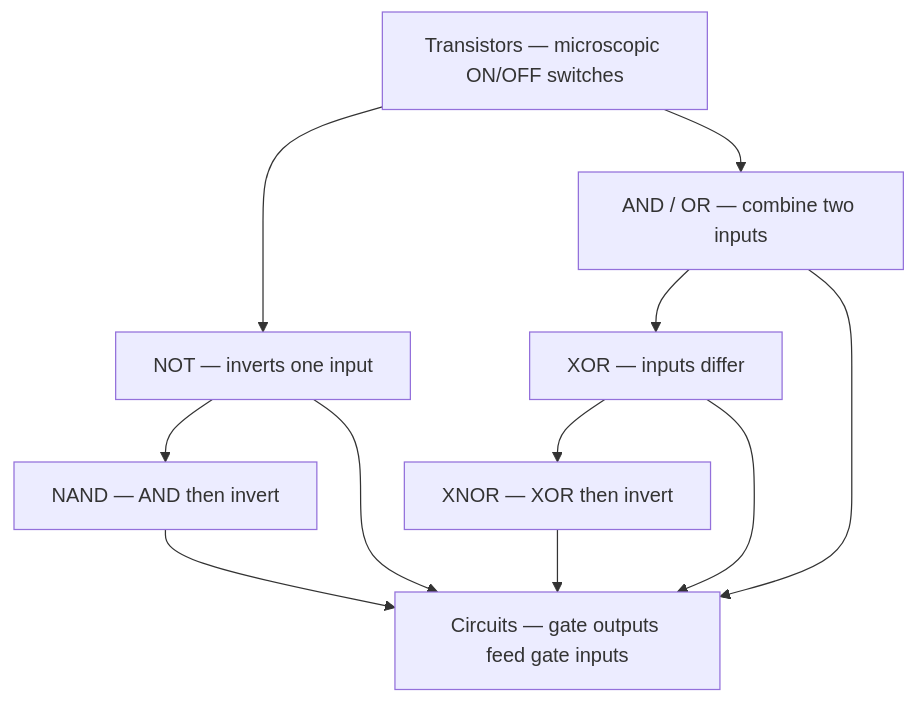
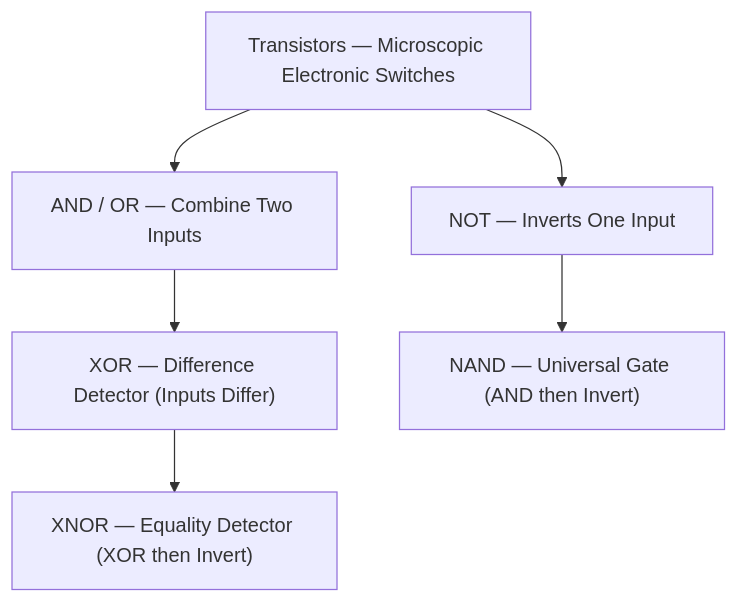
One commit to 1345AbhishekKumar/cs-cookbook changed the first of 3 diagrams in content/docs/computer-basics/it-support/04-logic-gates-and-circuits.mdx. Above: the diagram before and after it, drawn with Mermaid. The commit also changed other lines of this file and 299 other files, not shown here.

````diff
--- a/content/docs/computer-basics/it-support/04-logic-gates-and-circuits.mdx
+++ b/content/docs/computer-basics/it-support/04-logic-gates-and-circuits.mdx
@@ -20,13 +139,8 @@
 ```mermaid
 flowchart TD
-    T["Transistors — microscopic ON/OFF switches"] --> G1["NOT — inverts one input"]
-    T --> G2["AND / OR — combine two inputs"]
-    G2 --> G3["XOR — inputs differ"]
-    G1 --> G4["NAND — AND then invert"]
-    G3 --> G5["XNOR — XOR then invert"]
-    G1 --> CIR["Circuits — gate outputs feed gate inputs"]
-    G2 --> CIR
-    G3 --> CIR
-    G4 --> CIR
-    G5 --> CIR
+    T["Transistors — Microscopic Electronic Switches"] --> G1["NOT — Inverts One Input"]
+    T --> G2["AND / OR — Combine Two Inputs"]
+    G2 --> G3["XOR — Difference Detector (Inputs Differ)"]
+    G1 --> G4["NAND — Universal Gate (AND then Invert)"]
+    G3 --> G5["XNOR — Equality Detector (XOR then Invert)"]
 ```
````
